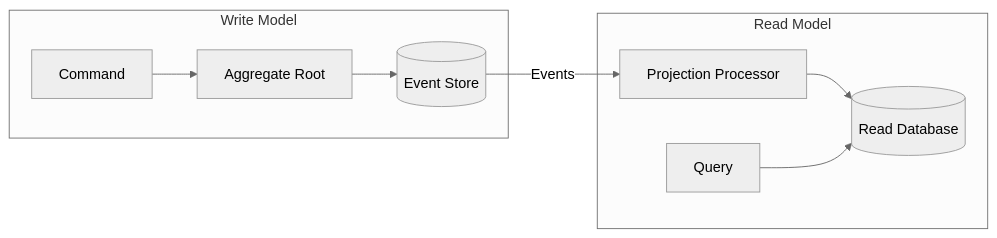
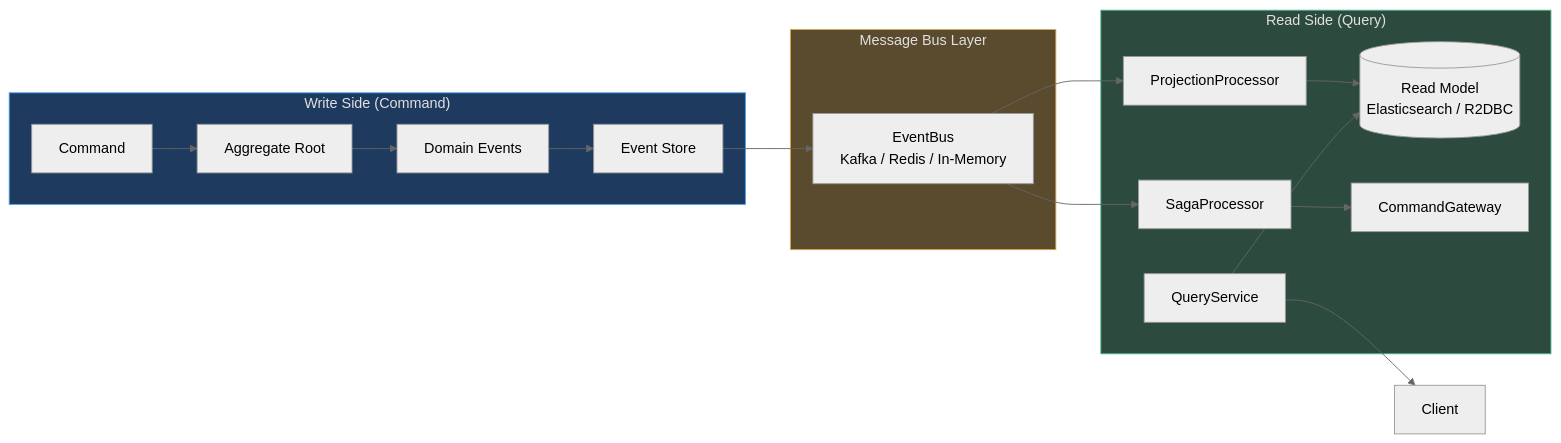
Before and after one commit to Ahoo-Wang/Wow: the sixth of 6 diagrams in documentation/docs/en/guide/advanced/architecture.md, drawn with Mermaid (neutral theme). The commit also changed other lines of this file and 96 other files, not shown here.

First line of the commit message:
docs: restructure documentation into three-layer progressive architecture (#2622)

````diff
--- a/documentation/docs/en/guide/advanced/architecture.md
+++ b/documentation/docs/en/guide/advanced/architecture.md
@@ -155,20 +358,27 @@
 ```mermaid
 flowchart LR
-    subgraph WriteModel["Write Model"]
-        C[Command]
-        AR[Aggregate Root]
-        ES[(Event Store)]
+    subgraph WRITE["Write Side (Command)"]
+        CMD["Command"] --> AR["Aggregate Root"]
+        AR --> EVT["Domain Events"]
+        EVT --> ES["Event Store"]
     end
-    
-    subgraph ReadModel["Read Model"]
-        Q[Query]
-        PP[Projection Processor]
-        RM[(Read Database)]
+
+    subgraph BUS["Message Bus Layer"]
+        EB["EventBus<br>Kafka / Redis / In-Memory"]
     end
-    
-    C --> AR
-    AR --> ES
-    ES -->|Events| PP
-    PP --> RM
-    Q --> RM
+
+    subgraph READ["Read Side (Query)"]
+        PP["ProjectionProcessor"] --> RM[("Read Model<br>Elasticsearch / R2DBC")]
+        SP["SagaProcessor"] --> CG["CommandGateway"]
+        QS["QueryService"] --> RM
+    end
+
+    ES --> EB
+    EB --> PP
+    EB --> SP
+    QS --> Client
+
+    style WRITE fill:#1e3a5f,stroke:#4a9eed,color:#e0e0e0
+    style BUS fill:#5a4a2e,stroke:#d4a84b,color:#e0e0e0
+    style READ fill:#2d4a3e,stroke:#4aba8a,color:#e0e0e0
 ```
````
